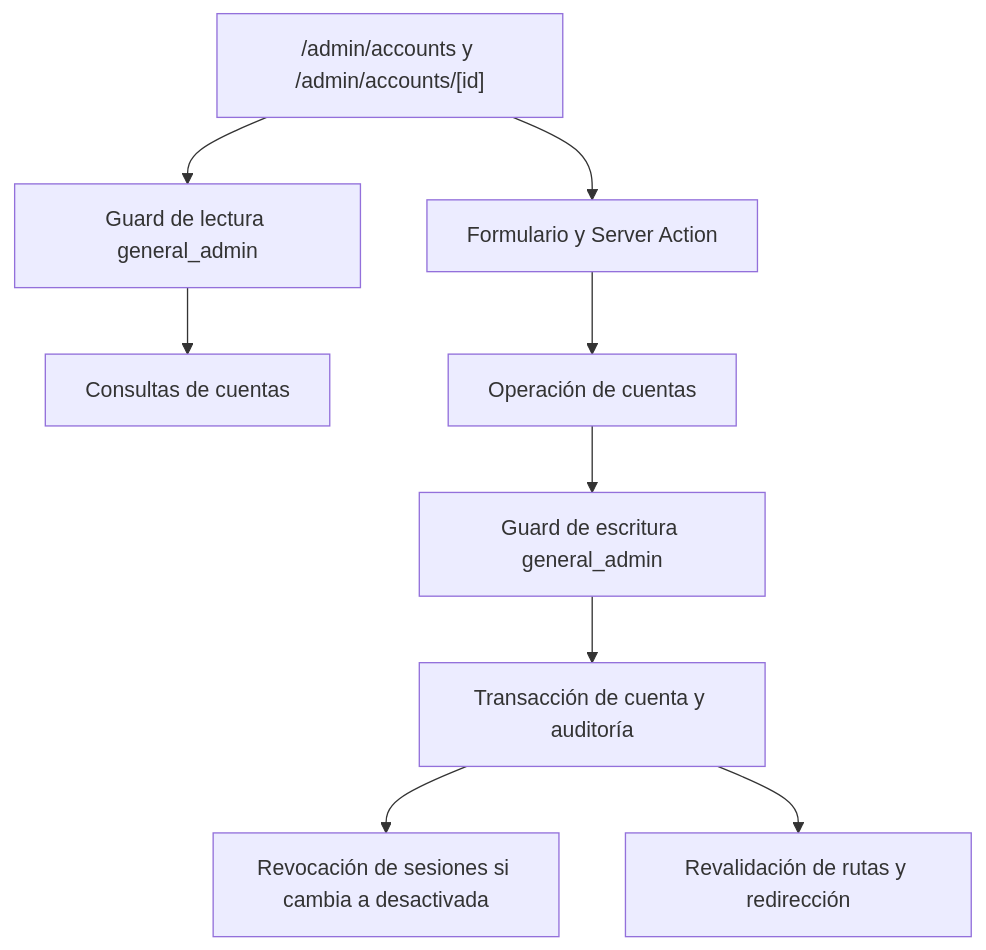
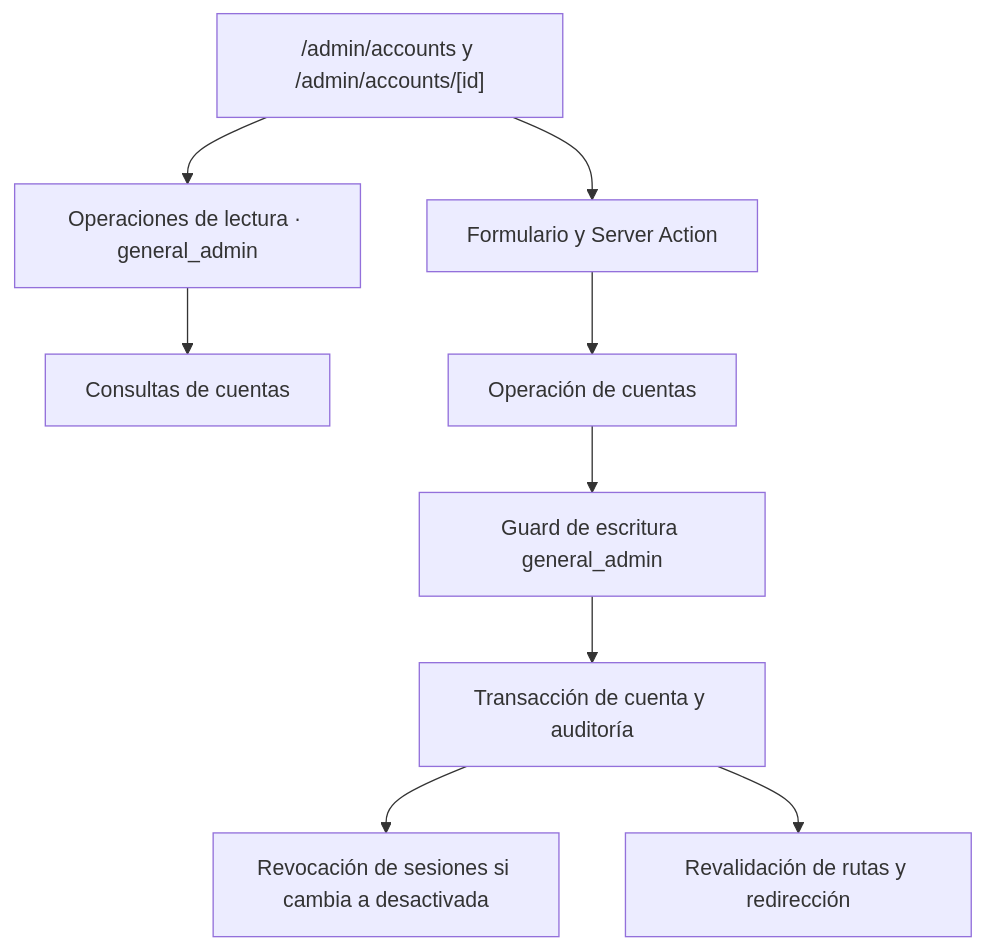
One commit to Ad-Astra-UC3M/Ad-Astra-Community-Platform changed the diagram in docs/backend/accounts.md. Above: the diagram before and after it, drawn with Mermaid. The commit also changed other lines of this file and 4 other files, not shown here.

````diff
--- a/docs/backend/accounts.md
+++ b/docs/backend/accounts.md
@@ -5,11 +5,11 @@
 ```mermaid
 flowchart TD
-    A["/admin/accounts y /admin/accounts/[id]"] --> G["Guard de lectura general_admin"]
+    A["/admin/accounts y /admin/accounts/[id]"] --> G["Operaciones de lectura · general_admin"]
     G --> R["Consultas de cuentas"]
     A --> F["Formulario y Server Action"]
     F --> O["Operación de cuentas"]
     O --> C["Guard de escritura general_admin"]
     C --> W["Transacción de cuenta y auditoría"]
     W --> S["Revocación de sesiones si cambia a desactivada"]
     W --> N["Revalidación de rutas y redirección"]
 ```
````
